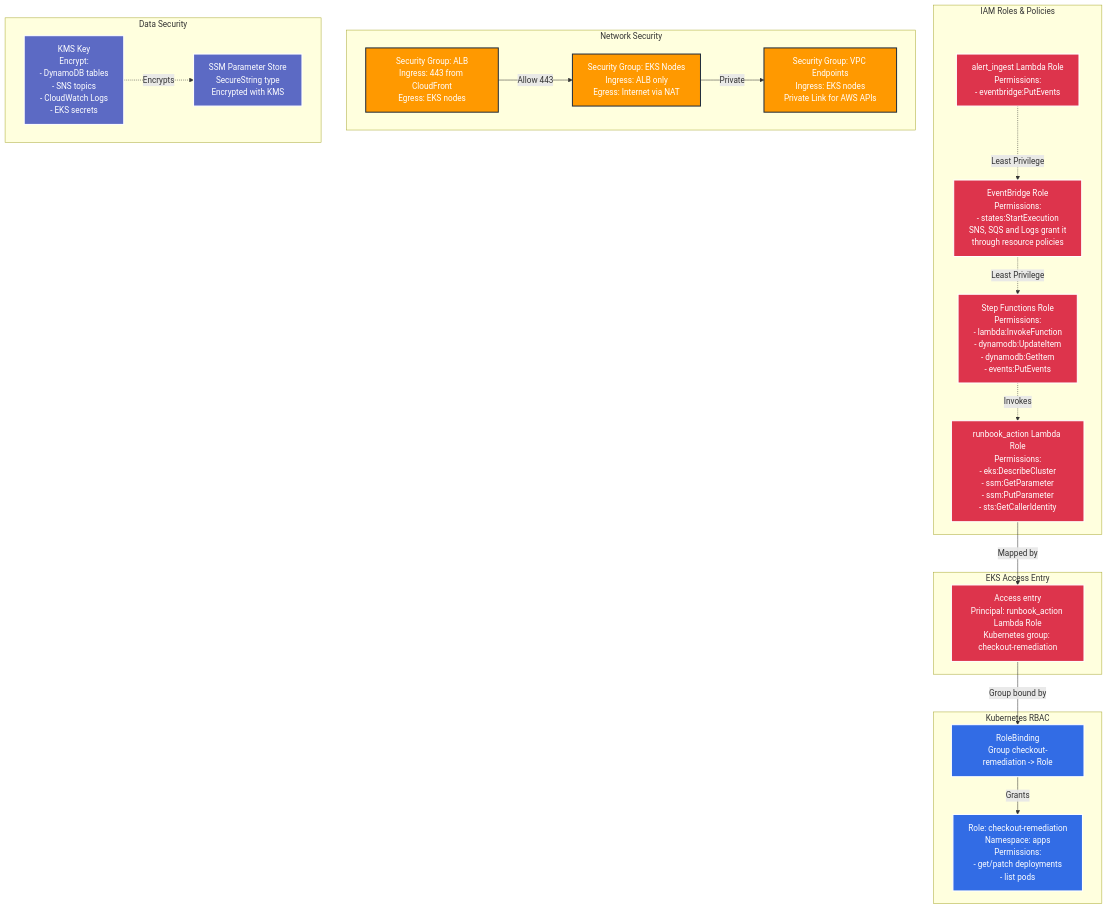
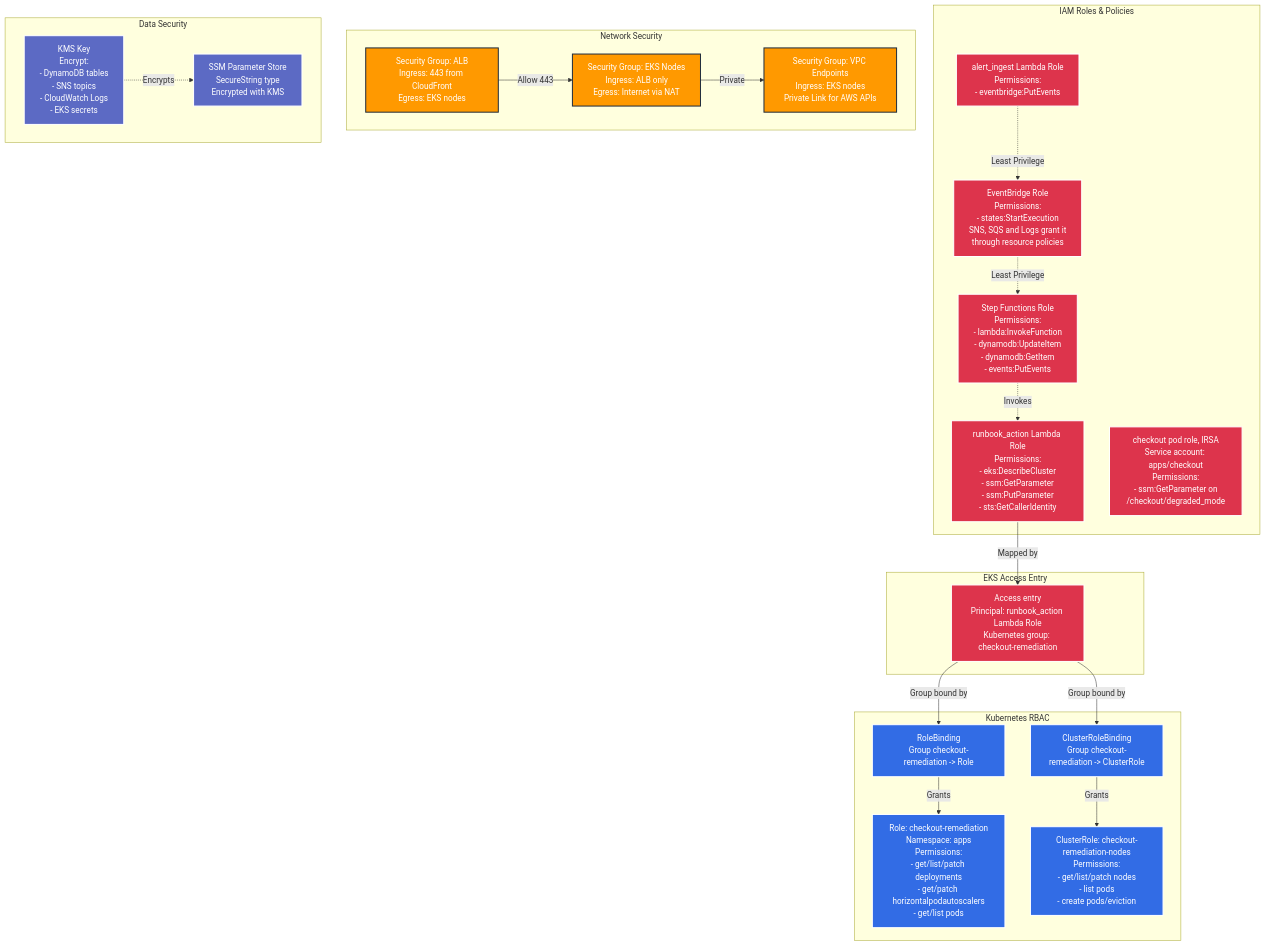
Before and after one commit to amrutp24/event-driven-sre-platform: the fourth of 4 diagrams in docs/architecture/README.md, drawn with Mermaid. The commit also changed other lines of this file and 30 other files, not shown here.

First line of the commit message:
Build drain_node, read degraded mode from SSM, autoscale checkout (#14)

````diff
--- a/docs/architecture/README.md
+++ b/docs/architecture/README.md
@@ -269,52 +273,57 @@
 ```mermaid
 graph TB
     subgraph "IAM Roles & Policies"
         R1[alert_ingest Lambda Role<br/>Permissions:<br/>- eventbridge:PutEvents]
         R2[runbook_action Lambda Role<br/>Permissions:<br/>- eks:DescribeCluster<br/>- ssm:GetParameter<br/>- ssm:PutParameter<br/>- sts:GetCallerIdentity]
         R3[EventBridge Role<br/>Permissions:<br/>- states:StartExecution<br/>SNS, SQS and Logs grant it<br/>through resource policies]
         R4[Step Functions Role<br/>Permissions:<br/>- lambda:InvokeFunction<br/>- dynamodb:UpdateItem<br/>- dynamodb:GetItem<br/>- events:PutEvents]
+        R5[checkout pod role, IRSA<br/>Service account: apps/checkout<br/>Permissions:<br/>- ssm:GetParameter on<br/>/checkout/degraded_mode]
     end
 
     subgraph "EKS Access Entry"
         AE[Access entry<br/>Principal: runbook_action Lambda Role<br/>Kubernetes group: checkout-remediation]
     end
 
     subgraph "Kubernetes RBAC"
-        Role[Role: checkout-remediation<br/>Namespace: apps<br/>Permissions:<br/>- get/patch deployments<br/>- list pods]
+        Role[Role: checkout-remediation<br/>Namespace: apps<br/>Permissions:<br/>- get/list/patch deployments<br/>- get/patch horizontalpodautoscalers<br/>- get/list pods]
         RB[RoleBinding<br/>Group checkout-remediation -> Role]
+        CRole[ClusterRole: checkout-remediation-nodes<br/>Permissions:<br/>- get/list/patch nodes<br/>- list pods<br/>- create pods/eviction]
+        CRB[ClusterRoleBinding<br/>Group checkout-remediation -> ClusterRole]
     end
 
     subgraph "Network Security"
         SG1[Security Group: EKS Nodes<br/>Ingress: ALB only<br/>Egress: Internet via NAT]
         SG2[Security Group: ALB<br/>Ingress: 443 from CloudFront<br/>Egress: EKS nodes]
         SG3[Security Group: VPC Endpoints<br/>Ingress: EKS nodes<br/>Private Link for AWS APIs]
     end
 
     subgraph "Data Security"
         KMS[KMS Key<br/>Encrypt:<br/>- DynamoDB tables<br/>- SNS topics<br/>- CloudWatch Logs<br/>- EKS secrets]
         SSM_Sec[SSM Parameter Store<br/>SecureString type<br/>Encrypted with KMS]
     end
 
     R2 -->|Mapped by| AE
     AE -->|Group bound by| RB
     RB -->|Grants| Role
+    AE -->|Group bound by| CRB
+    CRB -->|Grants| CRole
 
     R1 -.->|Least Privilege| R3
     R3 -.->|Least Privilege| R4
     R4 -.->|Invokes| R2
 
     SG2 -->|Allow 443| SG1
     SG1 -->|Private| SG3
 
     KMS -.->|Encrypts| SSM_Sec
 
     classDef iam fill:#DD344C,stroke:#fff,stroke-width:2px,color:#fff
     classDef k8s fill:#326CE5,stroke:#fff,stroke-width:2px,color:#fff
     classDef network fill:#FF9900,stroke:#232F3E,stroke-width:2px,color:#fff
     classDef encryption fill:#5C6AC4,stroke:#fff,stroke-width:2px,color:#fff
 
-    class R1,R2,R3,R4,AE iam
-    class Role,RB k8s
+    class R1,R2,R3,R4,R5,AE iam
+    class Role,RB,CRole,CRB k8s
     class SG1,SG2,SG3 network
     class KMS,SSM_Sec encryption
 ```
````
